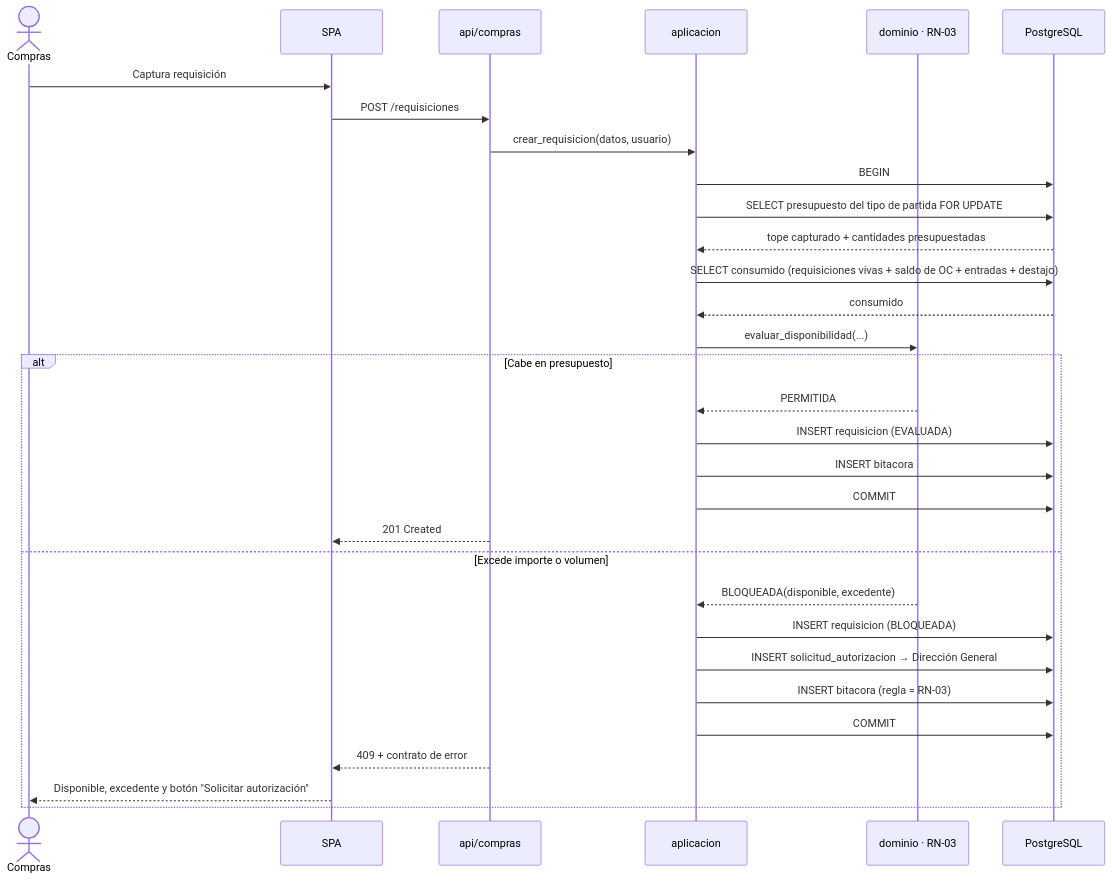
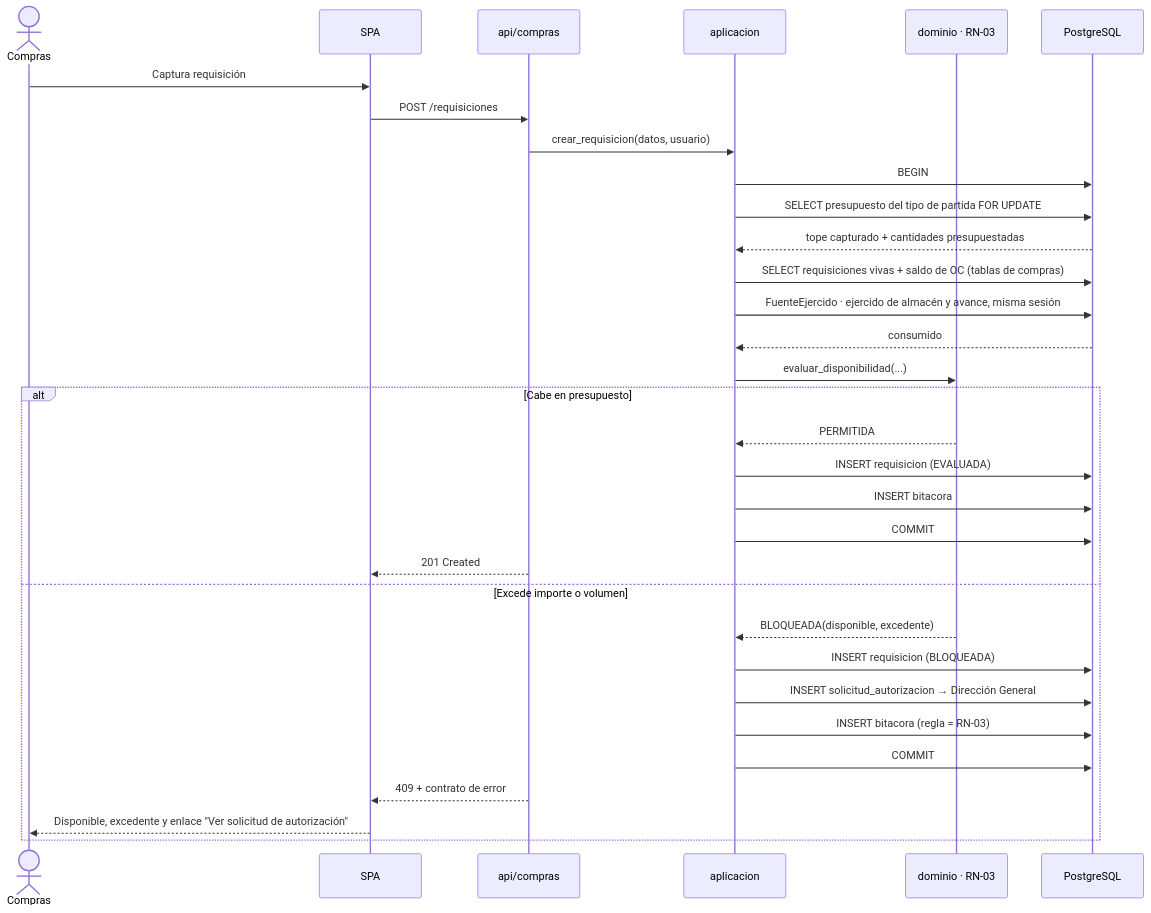
Before and after one commit to FranciscoRodSilva/IA4Devs-Proyecto-Final: the fourth of 7 diagrams in docs/02-arquitectura.md, drawn with Mermaid. The commit also changed other lines of this file and 22 other files, not shown here.

````diff
--- a/docs/02-arquitectura.md
+++ b/docs/02-arquitectura.md
@@ -386,35 +411,36 @@
 ```mermaid
 sequenceDiagram
     actor U as Compras
     participant SPA as SPA
     participant API as api/compras
     participant APP as aplicacion
     participant DOM as dominio · RN-03
     participant DB as PostgreSQL
 
     U->>SPA: Captura requisición
     SPA->>API: POST /requisiciones
     API->>APP: crear_requisicion(datos, usuario)
     APP->>DB: BEGIN
     APP->>DB: SELECT presupuesto del tipo de partida FOR UPDATE
     DB-->>APP: tope capturado + cantidades presupuestadas
-    APP->>DB: SELECT consumido (requisiciones vivas + saldo de OC + entradas + destajo)
+    APP->>DB: SELECT requisiciones vivas + saldo de OC (tablas de compras)
+    APP->>DB: FuenteEjercido · ejercido de almacén y avance, misma sesión
     DB-->>APP: consumido
     APP->>DOM: evaluar_disponibilidad(...)
 
     alt Cabe en presupuesto
         DOM-->>APP: PERMITIDA
         APP->>DB: INSERT requisicion (EVALUADA)
         APP->>DB: INSERT bitacora
         APP->>DB: COMMIT
         API-->>SPA: 201 Created
     else Excede importe o volumen
         DOM-->>APP: BLOQUEADA(disponible, excedente)
         APP->>DB: INSERT requisicion (BLOQUEADA)
         APP->>DB: INSERT solicitud_autorizacion → Dirección General
         APP->>DB: INSERT bitacora (regla = RN-03)
         APP->>DB: COMMIT
         API-->>SPA: 409 + contrato de error
-        SPA-->>U: Disponible, excedente y botón "Solicitar autorización"
+        SPA-->>U: Disponible, excedente y enlace "Ver solicitud de autorización"
     end
 ```
````
